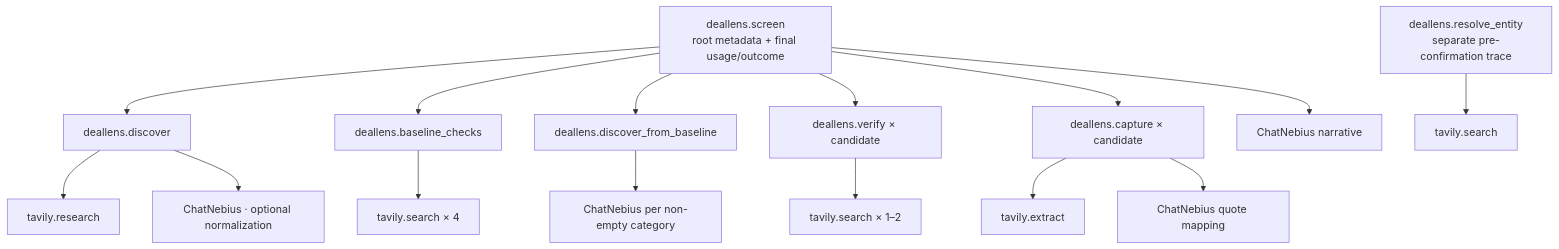
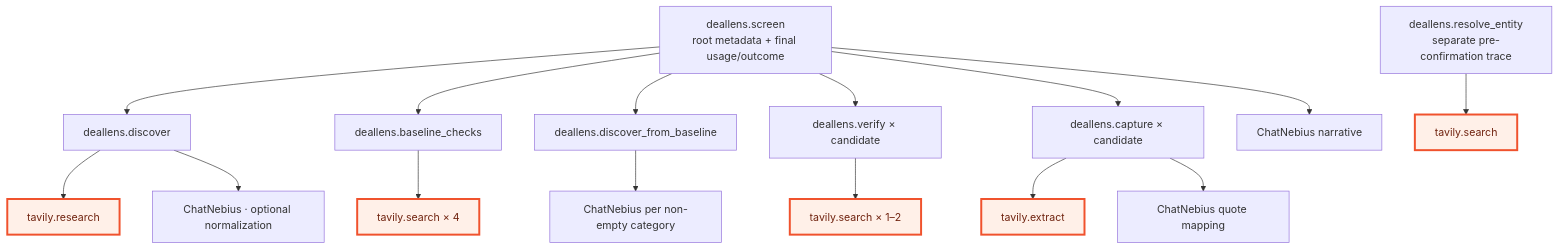
The seventh of 8 diagrams in docs/ARCHITECTURE.md (0xtigerclaw/deal_lens), drawn with Mermaid before and after one commit. The commit also changed other lines of this file and 12 other files, not shown here.

````diff
--- a/docs/ARCHITECTURE.md
+++ b/docs/ARCHITECTURE.md
@@ -178,19 +194,22 @@
 ```mermaid
 flowchart TB
     Root["deallens.screen<br/>root metadata + final usage/outcome"]
     Root --> Discover["deallens.discover"]
     Discover --> Research["tavily.research"]
     Discover --> Normalize["ChatNebius · optional normalization"]
     Root --> Baseline["deallens.baseline_checks"]
     Baseline --> Search4["tavily.search × 4"]
     Root --> Interpret["deallens.discover_from_baseline"]
     Interpret --> LLM1["ChatNebius per non-empty category"]
     Root --> Verify["deallens.verify × candidate"]
     Verify --> SearchN["tavily.search × 1–2"]
     Root --> Capture["deallens.capture × candidate"]
     Capture --> ExtractN["tavily.extract"]
     Capture --> LLM2["ChatNebius quote mapping"]
     Root --> NarrativeN["ChatNebius narrative"]
 
     Entity["deallens.resolve_entity<br/>separate pre-confirmation trace"] --> EntitySearch["tavily.search"]
+
+    classDef tavily fill:#fff0e8,stroke:#f0522d,stroke-width:3px,color:#70230f
+    class Research,Search4,SearchN,ExtractN,EntitySearch tavily
 ```
````
